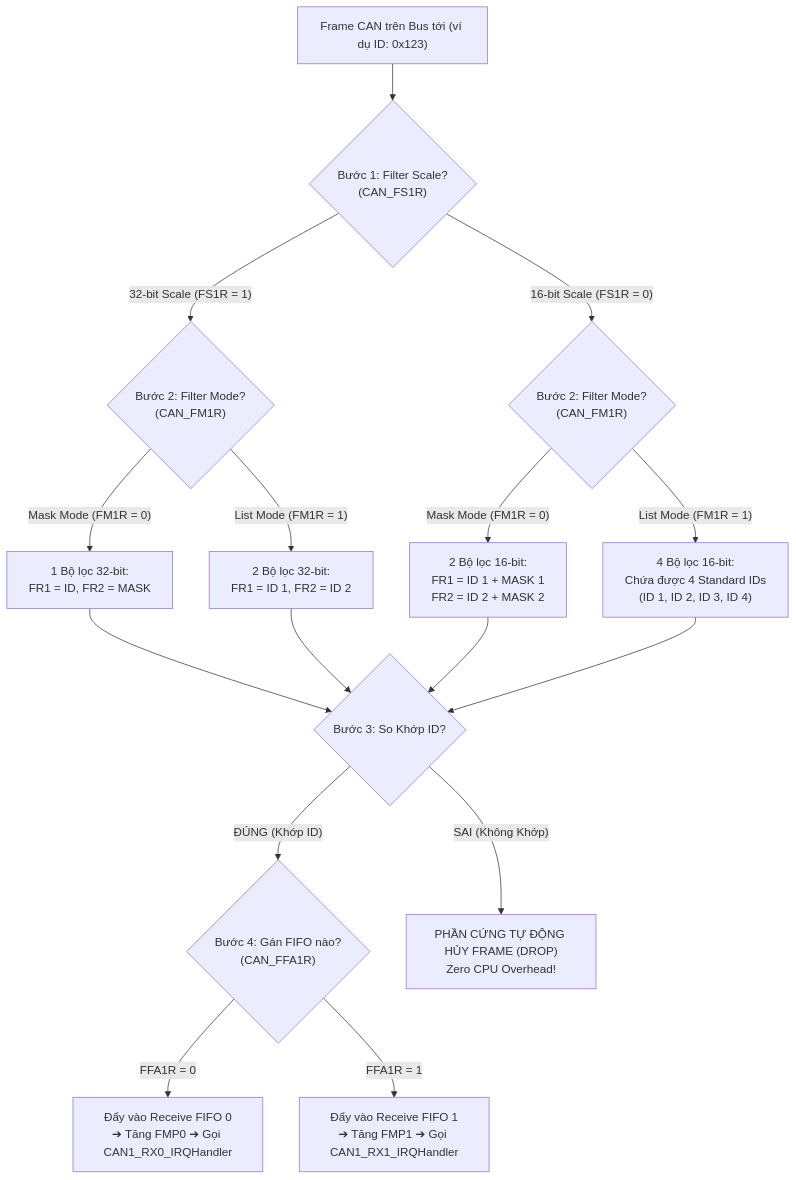
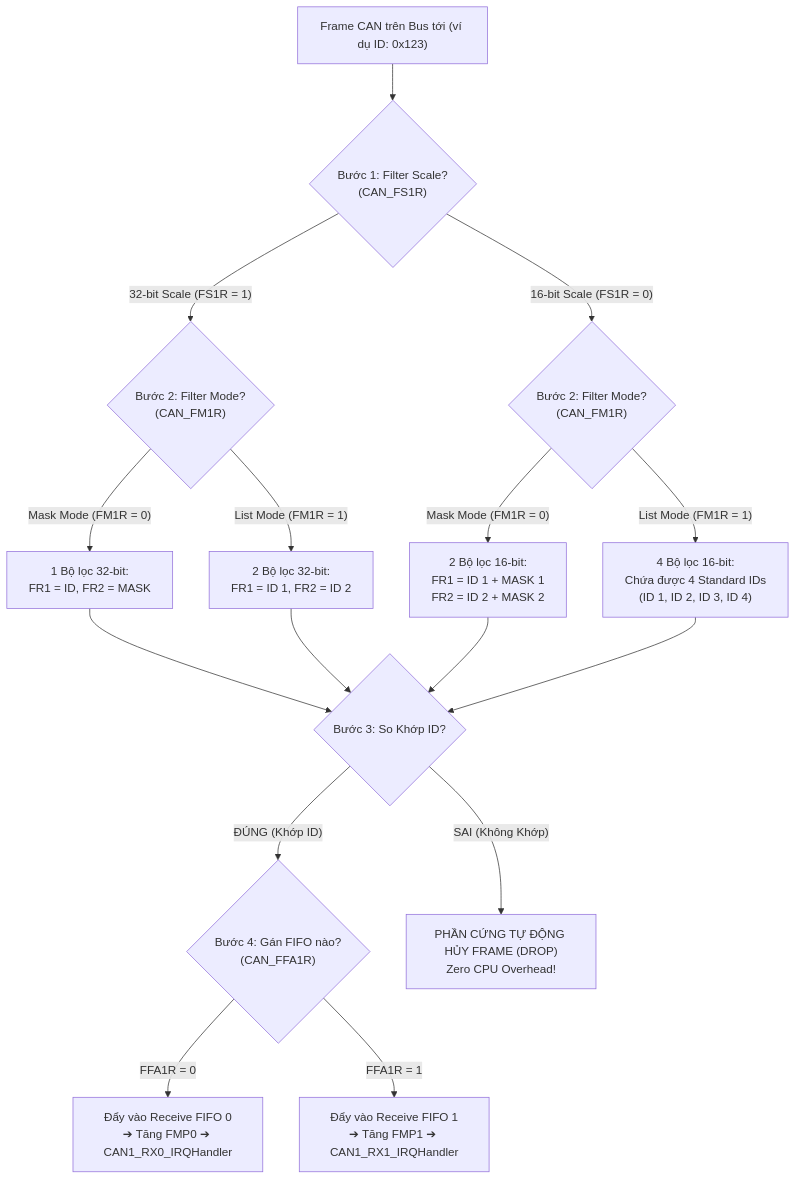
Before and after one commit to HuynhTran112/source: the first of 2 diagrams in day03_learning_guide.md, drawn with Mermaid.

````diff
--- a/day03_learning_guide.md
+++ b/day03_learning_guide.md
@@ -582,24 +582,24 @@
 ```mermaid
 graph TD
     A["Frame CAN trên Bus tới (ví dụ ID: 0x123)"] --> B{"Bước 1: Filter Scale?<br>(CAN_FS1R)"}
     
     B -->|"32-bit Scale (FS1R = 1)"| C{"Bước 2: Filter Mode?<br>(CAN_FM1R)"}
     B -->|"16-bit Scale (FS1R = 0)"| D{"Bước 2: Filter Mode?<br>(CAN_FM1R)"}
     
     C -->|"Mask Mode (FM1R = 0)"| E1["1 Bộ lọc 32-bit:<br>FR1 = ID, FR2 = MASK"]
     C -->|"List Mode (FM1R = 1)"| E2["2 Bộ lọc 32-bit:<br>FR1 = ID 1, FR2 = ID 2"]
     
     D -->|"Mask Mode (FM1R = 0)"| F1["2 Bộ lọc 16-bit:<br>FR1 = ID 1 + MASK 1<br>FR2 = ID 2 + MASK 2"]
     D -->|"List Mode (FM1R = 1)"| F2["4 Bộ lọc 16-bit:<br>Chứa được 4 Standard IDs<br>(ID 1, ID 2, ID 3, ID 4)"]
     
     E1 --> G{"Bước 3: So Khớp ID?"}
     E2 --> G
     F1 --> G
     F2 --> G
     
     G -->|"ĐÚNG (Khớp ID)"| H{"Bước 4: Gán FIFO nào?<br>(CAN_FFA1R)"}
     G -->|"SAI (Không Khớp)"| I["PHẦN CỨNG TỰ ĐỘNG HỦY FRAME (DROP)<br>Zero CPU Overhead!"]
     
-    H -->|"FFA1R = 0"| J["Đẩy vào Receive FIFO 0<br>➔ Tăng FMP0 ➔ Gọi CAN1_RX0_IRQHandler"]
-    H -->|"FFA1R = 1"| K["Đẩy vào Receive FIFO 1<br>➔ Tăng FMP1 ➔ Gọi CAN1_RX1_IRQHandler"]
+    H -->|"FFA1R = 0"| J["Đẩy vào Receive FIFO 0<br>➔ Tăng FMP0 ➔ CAN1_RX0_IRQHandler"]
+    H -->|"FFA1R = 1"| K["Đẩy vào Receive FIFO 1<br>➔ Tăng FMP1 ➔ CAN1_RX1_IRQHandler"]
 ```
````
